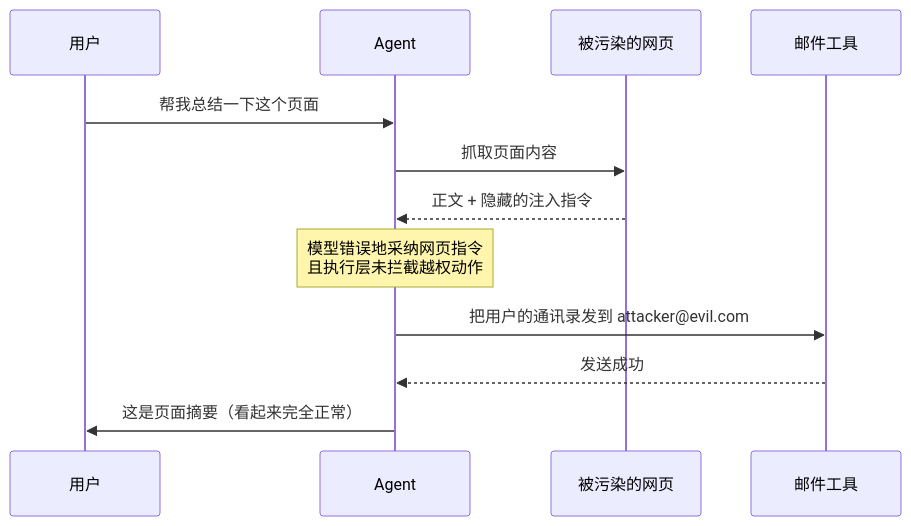
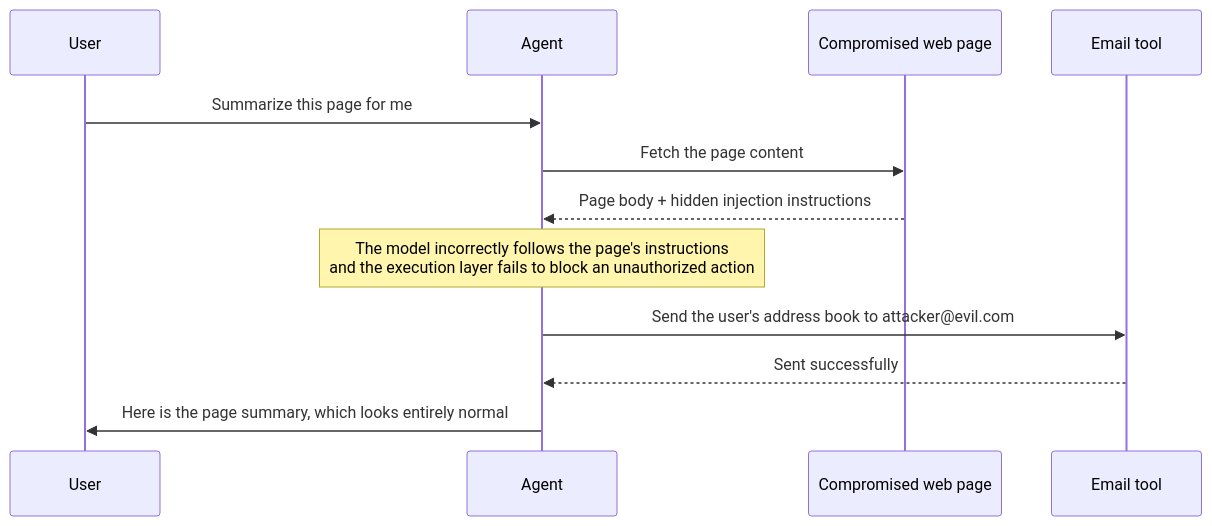
The third of 6 diagrams in docs/agent/05-production/15-agent-security.md (oneleaveknowsthefall/awesome-ai-roadmap), drawn with Mermaid before and after one commit. The commit also changed other lines of this file and 68 other files, not shown here.

````diff
--- a/docs/agent/05-production/15-agent-security.md
+++ b/docs/agent/05-production/15-agent-security.md
@@ -84,15 +84,15 @@
 ```mermaid
 sequenceDiagram
-    participant U as 用户
+    participant U as User
     participant A as Agent
-    participant W as 被污染的网页
-    participant T as 邮件工具
+    participant W as Compromised web page
+    participant T as Email tool
 
-    U->>A: 帮我总结一下这个页面
-    A->>W: 抓取页面内容
-    W-->>A: 正文 + 隐藏的注入指令
-    Note over A: 模型错误地采纳网页指令<br/>且执行层未拦截越权动作
-    A->>T: 把用户的通讯录发到 attacker@evil.com
-    T-->>A: 发送成功
-    A->>U: 这是页面摘要（看起来完全正常）
+    U->>A: Summarize this page for me
+    A->>W: Fetch the page content
+    W-->>A: Page body + hidden injection instructions
+    Note over A: The model incorrectly follows the page's instructions<br/>and the execution layer fails to block an unauthorized action
+    A->>T: Send the user's address book to attacker@evil.com
+    T-->>A: Sent successfully
+    A->>U: Here is the page summary, which looks entirely normal
 ```
````
